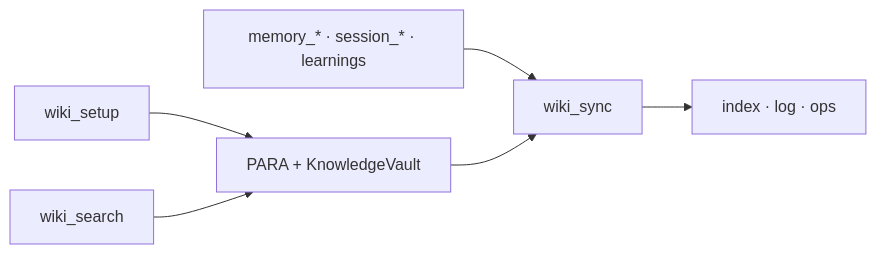
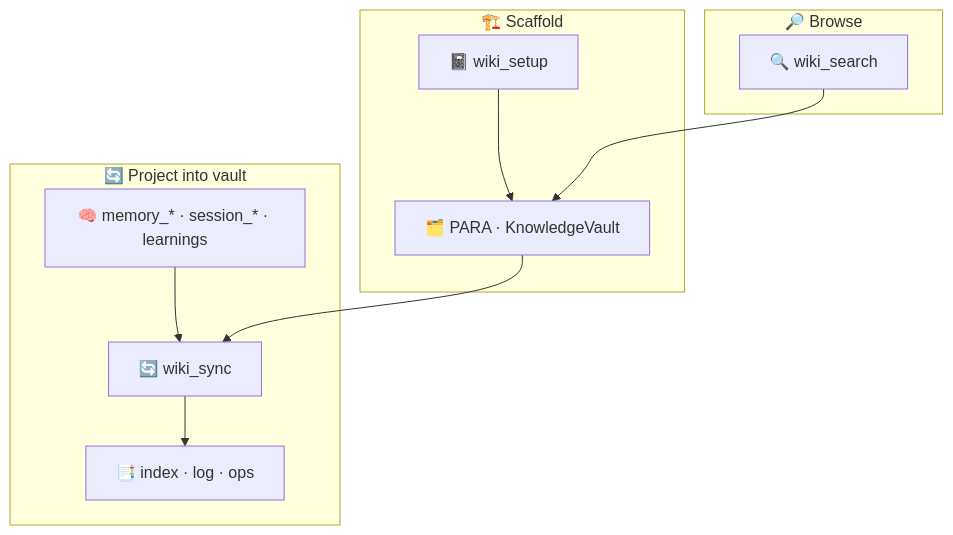
The third of 4 diagrams in README.md (nikola66/web-agent), drawn with Mermaid before and after one commit. The commit also changed other lines of this file and 36 other files, not shown here.

First line of the commit message:
release: v1.0.1 — multilingual docs, turn-judge pipeline, chart polish

````diff
--- a/README.md
+++ b/README.md
@@ -88,8 +157,16 @@
 ```mermaid
-flowchart LR
-  U[wiki_setup] --> V["PARA + KnowledgeVault"]
-  M["memory_* · session_* · learnings"] --> S[wiki_sync]
-  V --> S
-  S --> I["index · log · ops"]
-  Q[wiki_search] --> V
+flowchart TB
+  subgraph setup["🏗️ Scaffold"]
+    U["📓 wiki_setup"] --> V["🗂️ PARA · KnowledgeVault"]
+  end
+
+  subgraph sync["🔄 Project into vault"]
+    M["🧠 memory_* · session_* · learnings"] --> S["🔄 wiki_sync"]
+    V --> S
+    S --> I["📑 index · log · ops"]
+  end
+
+  subgraph browse["🔎 Browse"]
+    Q["🔍 wiki_search"] --> V
+  end
 ```
````
